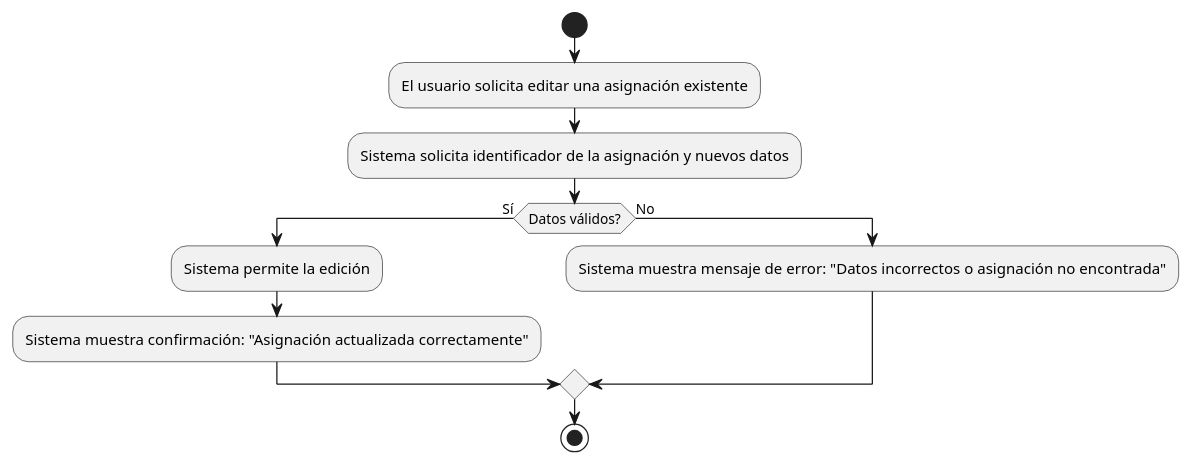
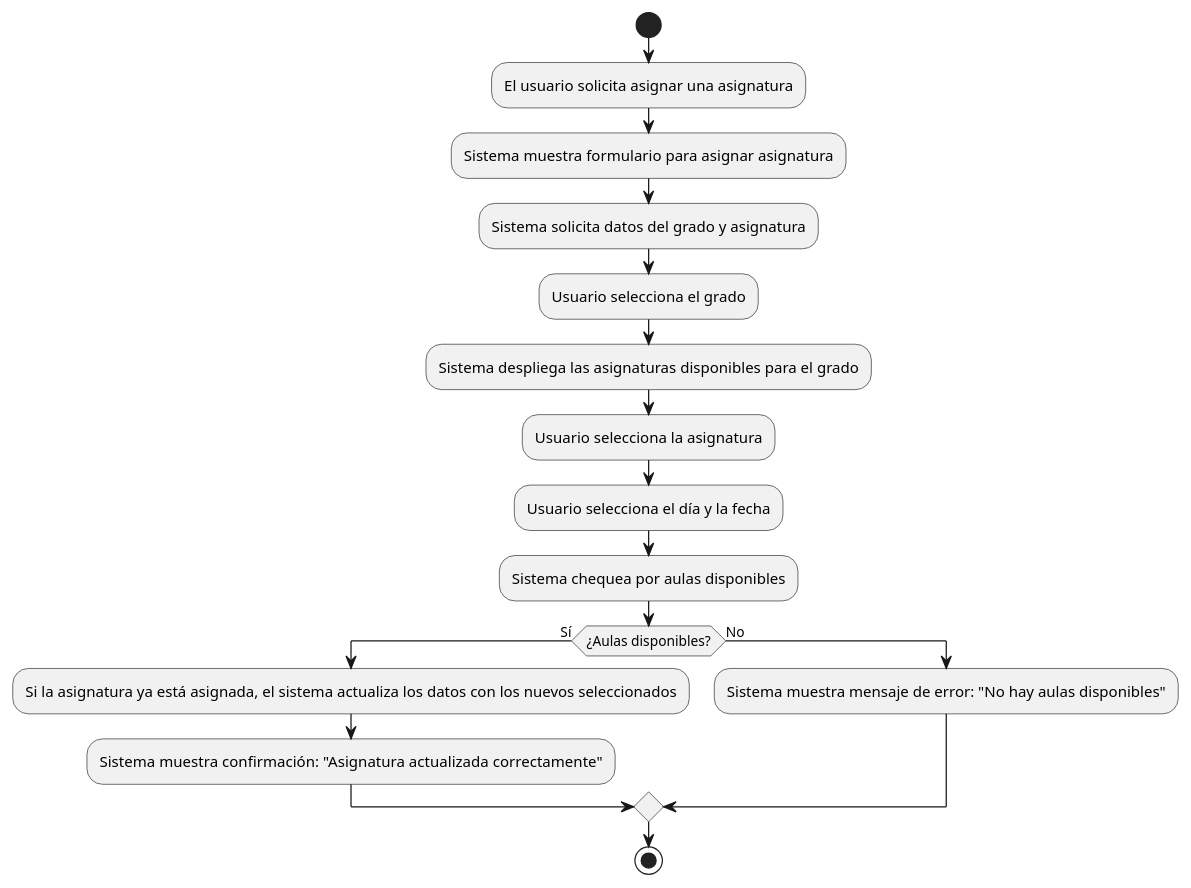
Before and after one commit to mmasias/24-25-IdSw1-SDR: the diagram in casosDeUso/plantUML/EditarAsignación.puml, drawn with PlantUML. The commit also changed 15 other files, not shown here.

Commit message:
Mejore los casos de uso y diagramas

```diff
--- a/casosDeUso/plantUML/EditarAsignación.puml
+++ b/casosDeUso/plantUML/EditarAsignación.puml
@@ -1,12 +1,18 @@
 @startuml
 start
-:El usuario solicita editar una asignación existente;
-:Sistema solicita identificador de la asignación y nuevos datos;
-if (Datos válidos?) then (Sí)
-  :Sistema permite la edición;
-  :Sistema muestra confirmación: "Asignación actualizada correctamente";
+:El usuario solicita asignar una asignatura;
+:Sistema muestra formulario para asignar asignatura;
+:Sistema solicita datos del grado y asignatura;
+:Usuario selecciona el grado;
+:Sistema despliega las asignaturas disponibles para el grado;
+:Usuario selecciona la asignatura;
+:Usuario selecciona el día y la fecha;
+:Sistema chequea por aulas disponibles;
+if (¿Aulas disponibles?) then (Sí)
+  :Si la asignatura ya está asignada, el sistema actualiza los datos con los nuevos seleccionados;
+  :Sistema muestra confirmación: "Asignatura actualizada correctamente";
 else (No)
-  :Sistema muestra mensaje de error: "Datos incorrectos o asignación no encontrada";
+  :Sistema muestra mensaje de error: "No hay aulas disponibles";
 endif
 stop
 @enduml
```
